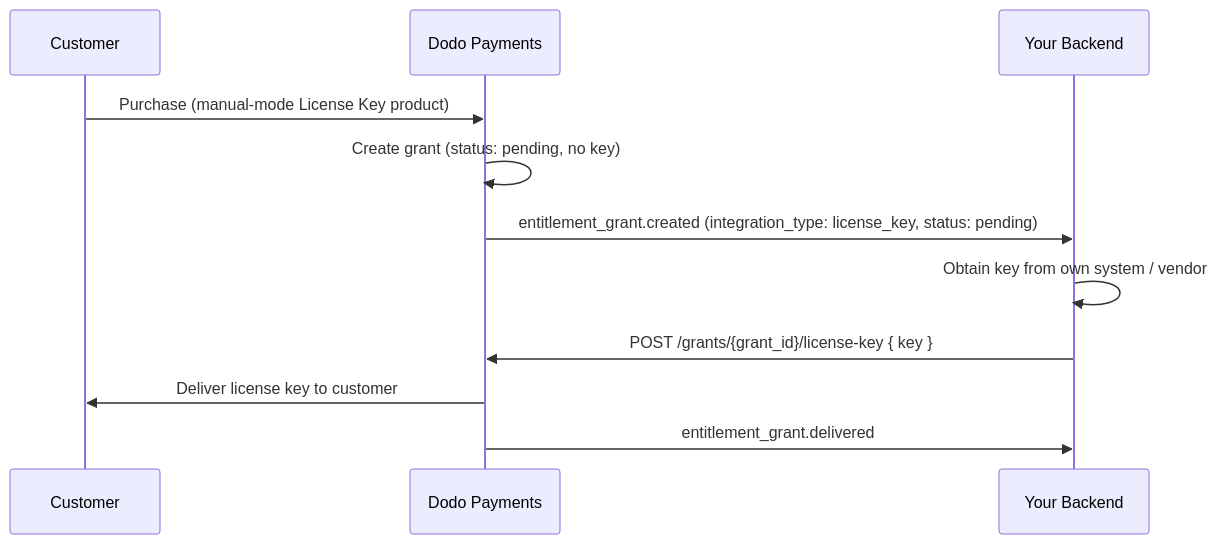
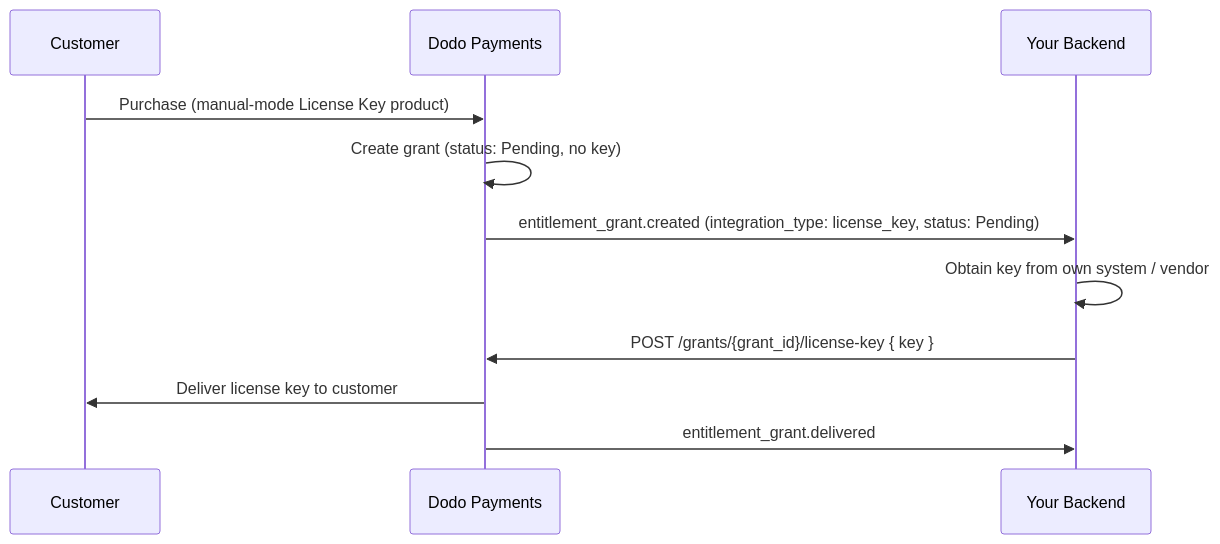
One commit to dodopayments/dodo-docs changed the diagram in developer-resources/manual-license-key-fulfillment.mdx. Above: the diagram before and after it, drawn with Mermaid. The commit also changed other lines of this file and 37 other files, not shown here.

First line of the commit message:
docs: resolve deferred audit items and reconcile grant status casing

````diff
--- a/developer-resources/manual-license-key-fulfillment.mdx
+++ b/developer-resources/manual-license-key-fulfillment.mdx
@@ -28,13 +28,13 @@
 ```mermaid
 sequenceDiagram
     participant C as Customer
     participant D as Dodo Payments
     participant M as Your Backend
     C->>D: Purchase (manual-mode License Key product)
-    D->>D: Create grant (status: pending, no key)
-    D->>M: entitlement_grant.created (integration_type: license_key, status: pending)
+    D->>D: Create grant (status: Pending, no key)
+    D->>M: entitlement_grant.created (integration_type: license_key, status: Pending)
     M->>M: Obtain key from own system / vendor
     M->>D: POST /grants/{grant_id}/license-key { key }
     D->>C: Deliver license key to customer
     D->>M: entitlement_grant.delivered
 ```
````
